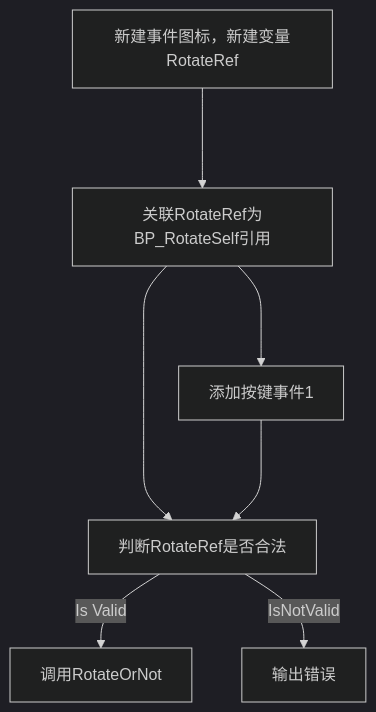
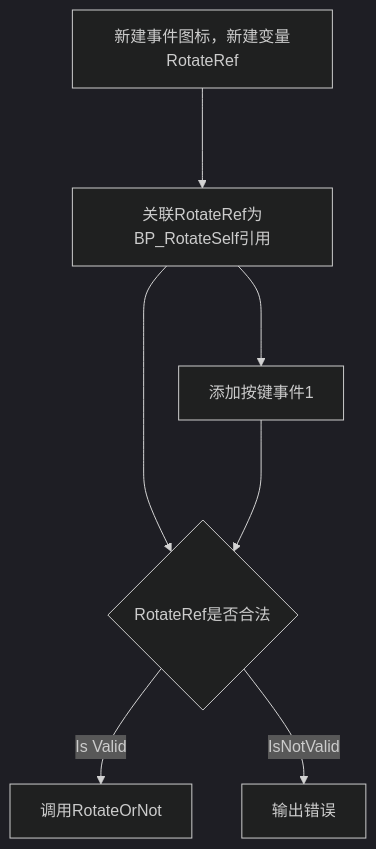
One commit to tapirian/blog changed the third of 3 diagrams in docs/ue/novice/actorRotation.md. Above: the diagram before and after it, drawn with Mermaid (dark theme). The commit also changed other lines of this file and 3 other files, not shown here.

````diff
--- a/docs/ue/novice/actorRotation.md
+++ b/docs/ue/novice/actorRotation.md
@@ -32,7 +32,7 @@
 ```mermaid
 graph TD
-A[新建事件图标，新建变量RotateRef] ---> B[关联RotateRef为BP_RotateSelf引用] ---> C[判断RotateRef是否合法] --Is Valid--> D[调用RotateOrNot]
+A[新建事件图标，新建变量RotateRef] ---> B[关联RotateRef为BP_RotateSelf引用] ---> C{RotateRef是否合法} --Is Valid--> D[调用RotateOrNot]
 C--IsNotValid-->E[输出错误]
 F[添加按键事件1] --->C
 B--->F
 ```
````
